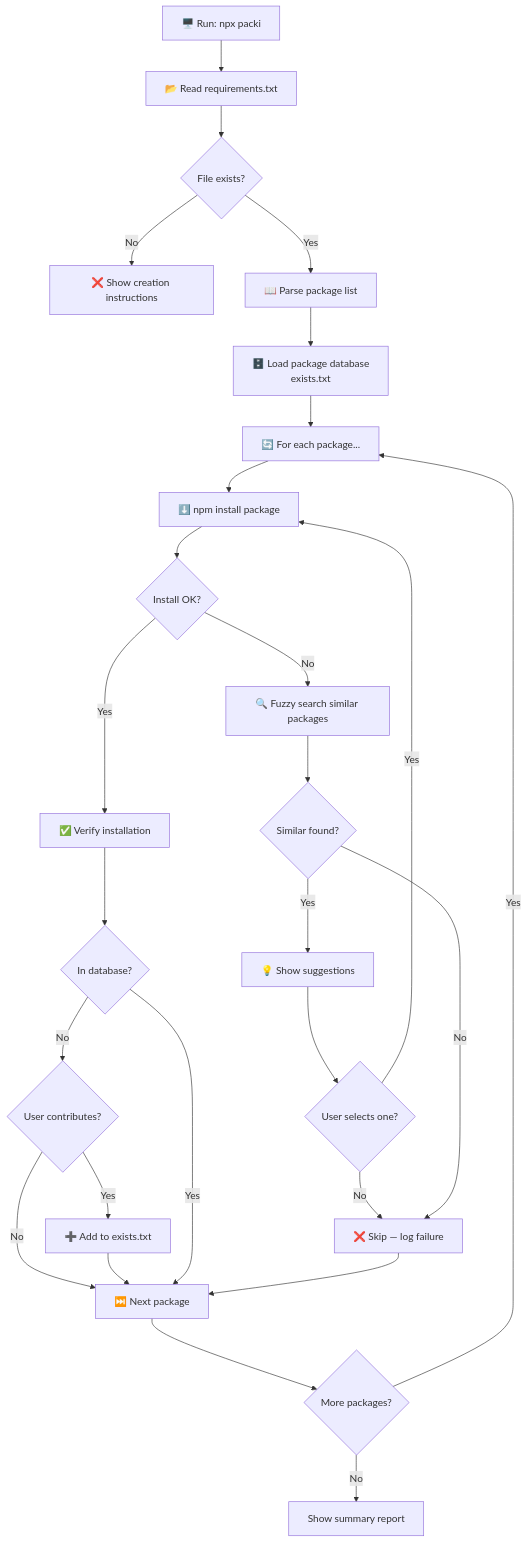
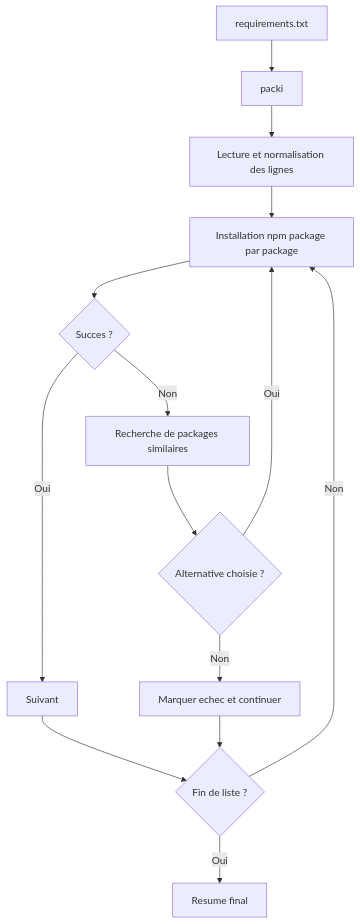
The diagram in README.md (ThorLex/packInstaller), drawn with Mermaid before and after one commit. The commit also changed other lines of this file and 121 other files, not shown here.

````diff
--- a/README.md
+++ b/README.md
@@ -34,29 +20,16 @@
 ```mermaid
 flowchart TD
-    A[🖥️ Run: npx packi] --> B[📂 Read requirements.txt]
-    B --> C{File exists?}
-    C -- No --> D[❌ Show creation instructions]
-    C -- Yes --> E[📖 Parse package list]
-    E --> F[🗄️ Load package database\nexists.txt]
-    F --> G[🔄 For each package...]
-    G --> H[⬇️ npm install package]
-    H --> I{Install OK?}
-    I -- Yes --> J[✅ Verify installation]
-    J --> K{In database?}
-    K -- No --> L{User contributes?}
-    L -- Yes --> M[➕ Add to exists.txt]
-    L -- No --> N[⏭️ Next package]
-    M --> N
-    K -- Yes --> N
-    I -- No --> O[🔍 Fuzzy search similar packages]
-    O --> P{Similar found?}
-    P -- Yes --> Q[💡 Show suggestions]
-    Q --> R{User selects one?}
-    R -- Yes --> H
-    R -- No --> S[❌ Skip — log failure]
-    P -- No --> S
-    S --> N
-    N --> T{More packages?}
-    T -- Yes --> G
-    T -- No --> U[ Show summary report]
+    A[requirements.txt] --> B[packi]
+    B --> C[Lecture et normalisation des lignes]
+    C --> D[Installation npm package par package]
+    D --> E{Succes ?}
+    E -- Oui --> F[Suivant]
+    E -- Non --> G[Recherche de packages similaires]
+    G --> H{Alternative choisie ?}
+    H -- Oui --> D
+    H -- Non --> I[Marquer echec et continuer]
+    F --> J{Fin de liste ?}
+    I --> J
+    J -- Non --> D
+    J -- Oui --> K[Resume final]
 ```
````
